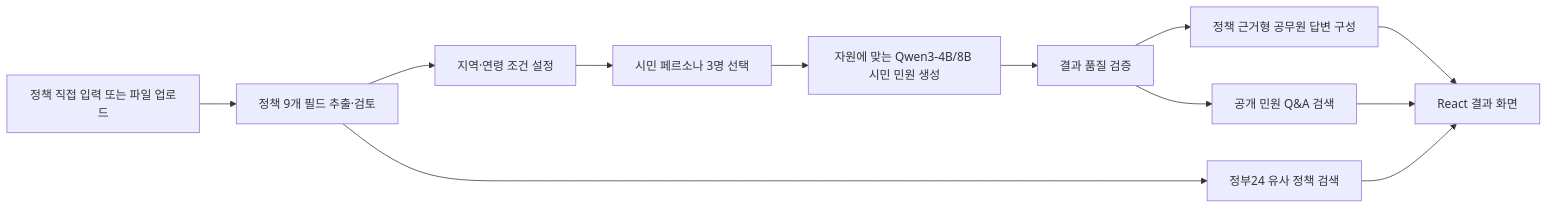
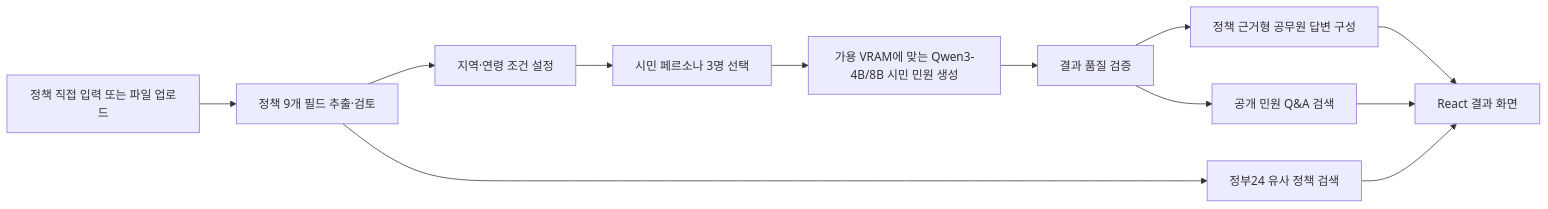
The diagram in README.md (dev-samuel-codes/policy_risk_persona_simulator), drawn with Mermaid before and after one commit. The commit also changed other lines of this file and 3 other files, not shown here.

````diff
--- a/README.md
+++ b/README.md
@@ -49,14 +49,14 @@
 ```mermaid
 flowchart LR
     A["정책 직접 입력 또는 파일 업로드"] --> B["정책 9개 필드 추출·검토"]
     B --> C["지역·연령 조건 설정"]
     C --> D["시민 페르소나 3명 선택"]
-    D --> E["자원에 맞는 Qwen3-4B/8B 시민 민원 생성"]
+    D --> E["가용 VRAM에 맞는 Qwen3-4B/8B 시민 민원 생성"]
     E --> F["결과 품질 검증"]
     F --> G["정책 근거형 공무원 답변 구성"]
     B --> H["정부24 유사 정책 검색"]
     F --> I["공개 민원 Q&A 검색"]
     G --> J["React 결과 화면"]
     H --> J
     I --> J
 ```
````
